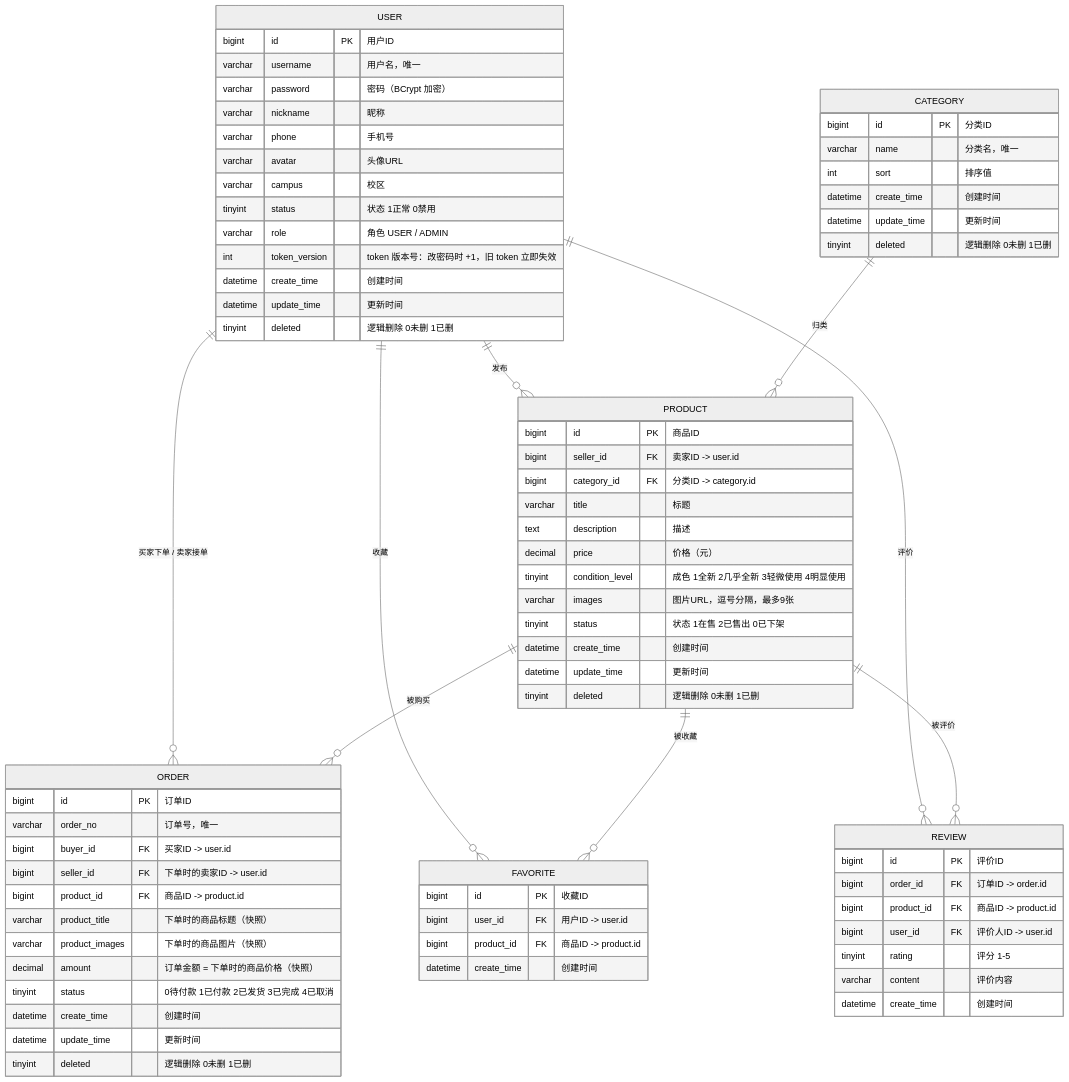
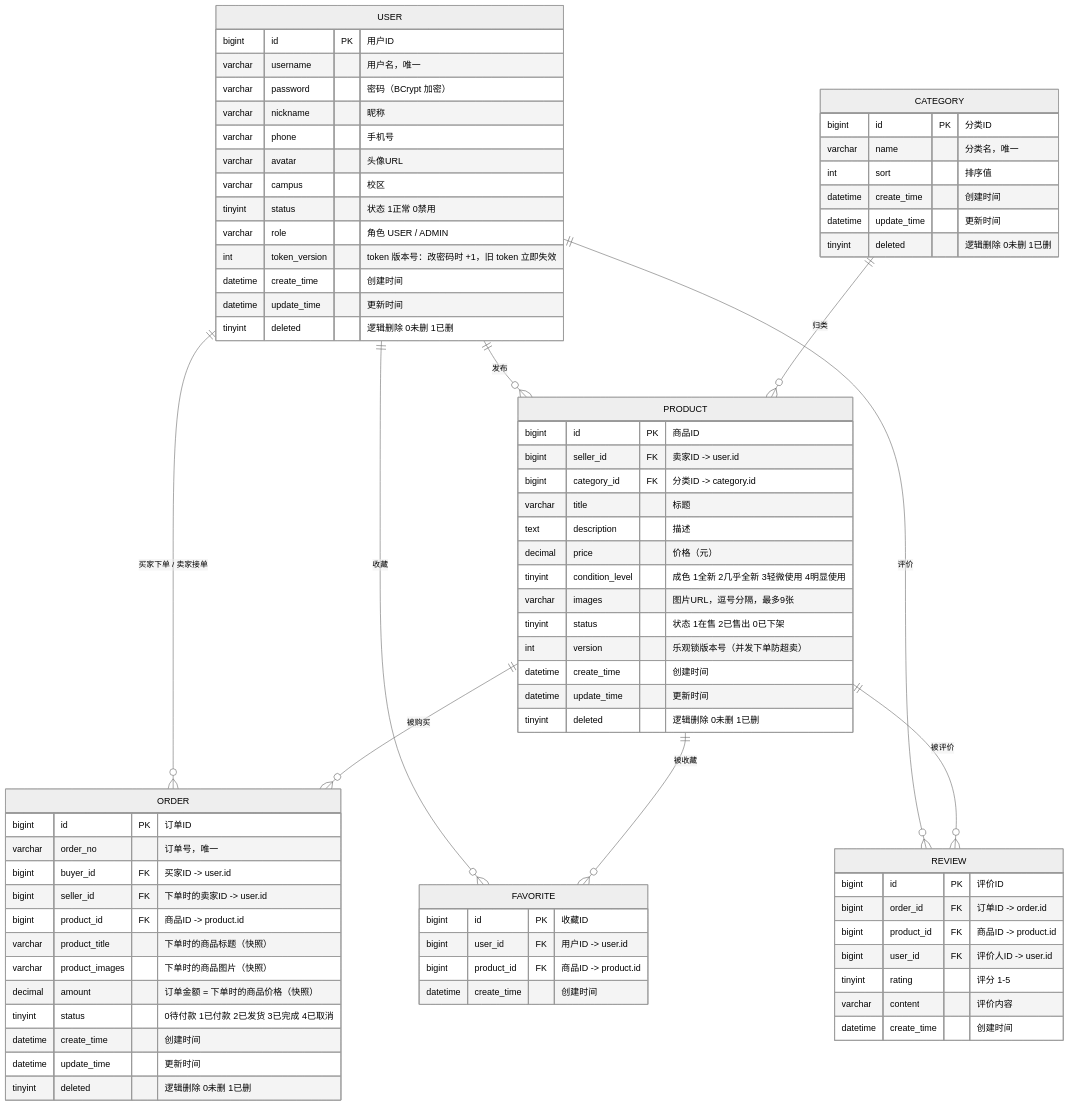
Before and after one commit to cjjkd/CampusMart: the diagram in docs/er-diagram.md, drawn with Mermaid (neutral theme). The commit also changed 3 other files, not shown here.

```diff
--- a/docs/er-diagram.md
+++ b/docs/er-diagram.md
@@ -48,6 +48,7 @@
         tinyint  condition_level    "成色 1全新 2几乎全新 3轻微使用 4明显使用"
         varchar  images             "图片URL，逗号分隔，最多9张"
         tinyint  status             "状态 1在售 2已售出 0已下架"
+        int      version            "乐观锁版本号（并发下单防超卖）"
         datetime create_time        "创建时间"
         datetime update_time        "更新时间"
         tinyint  deleted            "逻辑删除 0未删 1已删"
```
